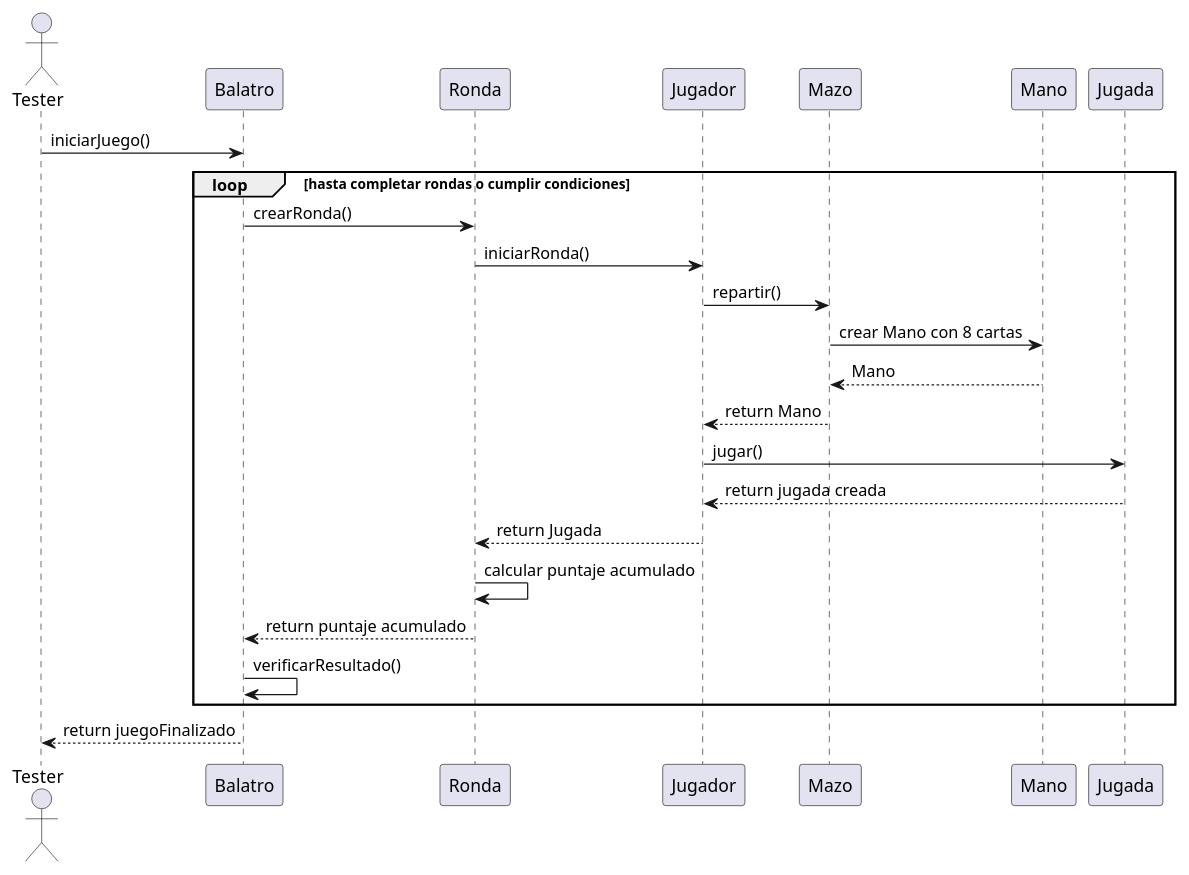
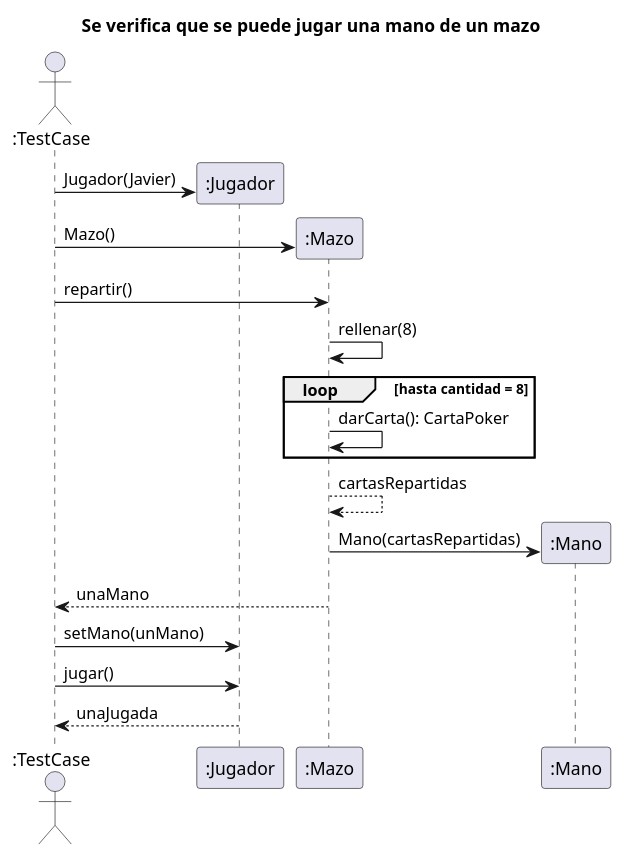
One commit to carruizdiaz1109/UBAlatro changed the diagram in diagrams/sequences/Entrega1/test03.puml. Above: the diagram before and after it, drawn with PlantUML.

Commit message:
+DS Test03

```diff
--- a/diagrams/sequences/Entrega1/test03.puml
+++ b/diagrams/sequences/Entrega1/test03.puml
@@ -1,31 +1,24 @@
 @startuml
 'https://plantuml.com/sequence-diagram
-actor Tester
 
-Tester -> Balatro : iniciarJuego()
+title Se verifica que se puede jugar una mano de un mazo
 
-loop hasta completar rondas o cumplir condiciones
- Balatro -> Ronda : crearRonda()
+actor ":TestCase" as user
+participant ":Jugador" as jugador
+participant ":Mazo" as mazo
+participant ":Mano" as mano
 
- Ronda -> Jugador : iniciarRonda()
-
- Jugador -> Mazo : repartir()
-
- Mazo -> Mano : crear Mano con 8 cartas
- return Mano
-
- Mazo --> Jugador : return Mano
-
- Jugador -> Jugada : jugar()
- Jugada --> Jugador : return jugada creada
-
- Jugador --> Ronda : return Jugada
-
- Ronda -> Ronda : calcular puntaje acumulado
- Ronda --> Balatro : return puntaje acumulado
-
- Balatro -> Balatro : verificarResultado()
-end
-
-Balatro --> Tester : return juegoFinalizado
+user -> jugador**: Jugador(Javier)
+user -> mazo**: Mazo()
+user -> mazo: repartir()
+    mazo -> mazo: rellenar(8)
+                loop hasta cantidad = 8
+                    mazo -> mazo: darCarta(): CartaPoker
+                end
+    mazo --> mazo: cartasRepartidas
+    mazo -> mano**: Mano(cartasRepartidas)
+mazo --> user: unaMano
+user -> jugador: setMano(unMano)
+user -> jugador: jugar()
+jugador --> user: unaJugada
 @enduml
```
